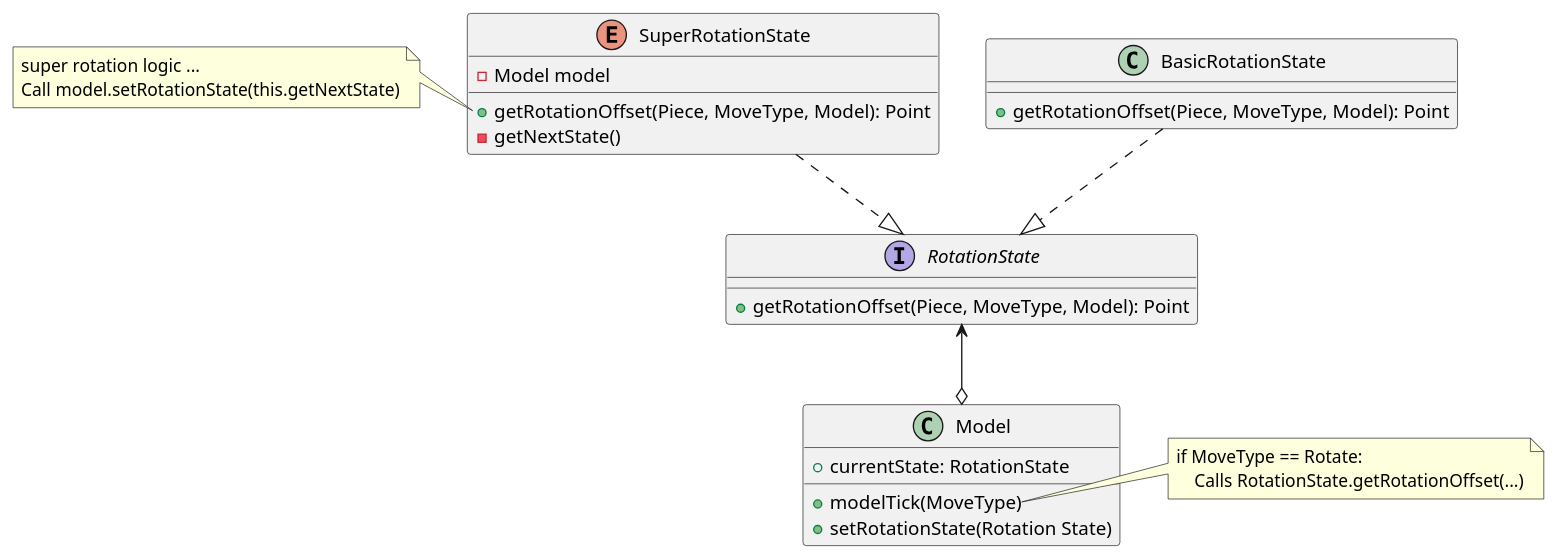
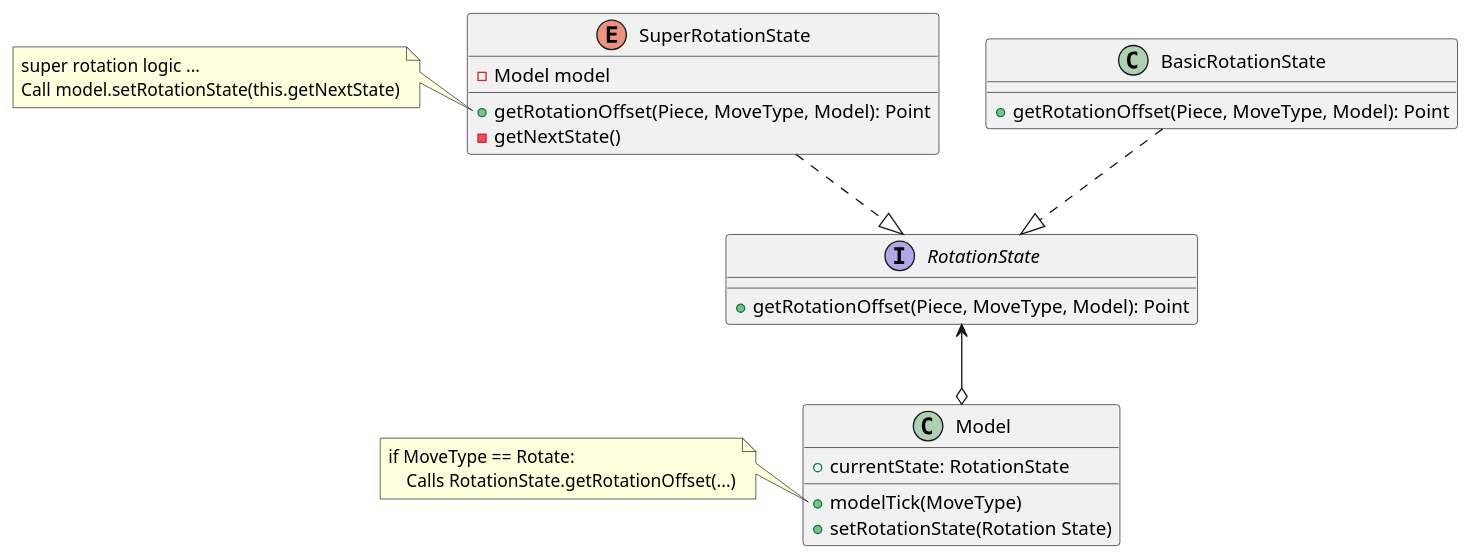
Before and after one commit to jimmy-zx/SAC: the diagram in docs/uml/spin.puml, drawn with PlantUML.

Commit message:
[docs] Updated spin

```diff
--- a/docs/uml/spin.puml
+++ b/docs/uml/spin.puml
@@ -1,37 +1,37 @@
 @startuml
 
 interface RotationState {
 + getRotationOffset(Piece, MoveType, Model): Point
 }
 
 enum SuperRotationState {
 - Model model
 + getRotationOffset(Piece, MoveType, Model): Point
 - getNextState()
 }
 
 note left of SuperRotationState::getRotationOffset
 super rotation logic ...
 Call model.setRotationState(this.getNextState)
 end note
 
 class BasicRotationState {
 + getRotationOffset(Piece, MoveType, Model): Point
 }
 
 class Model {
 + currentState: RotationState
 + modelTick(MoveType)
 + setRotationState(Rotation State)
 }
 
-note right of Model::modelTick
+note left of Model::modelTick
 if MoveType == Rotate:
     Calls RotationState.getRotationOffset(...)
 end note
 
 RotationState <--o Model
 SuperRotationState ..|> RotationState
 BasicRotationState ..|> RotationState
 
 @enduml
```
